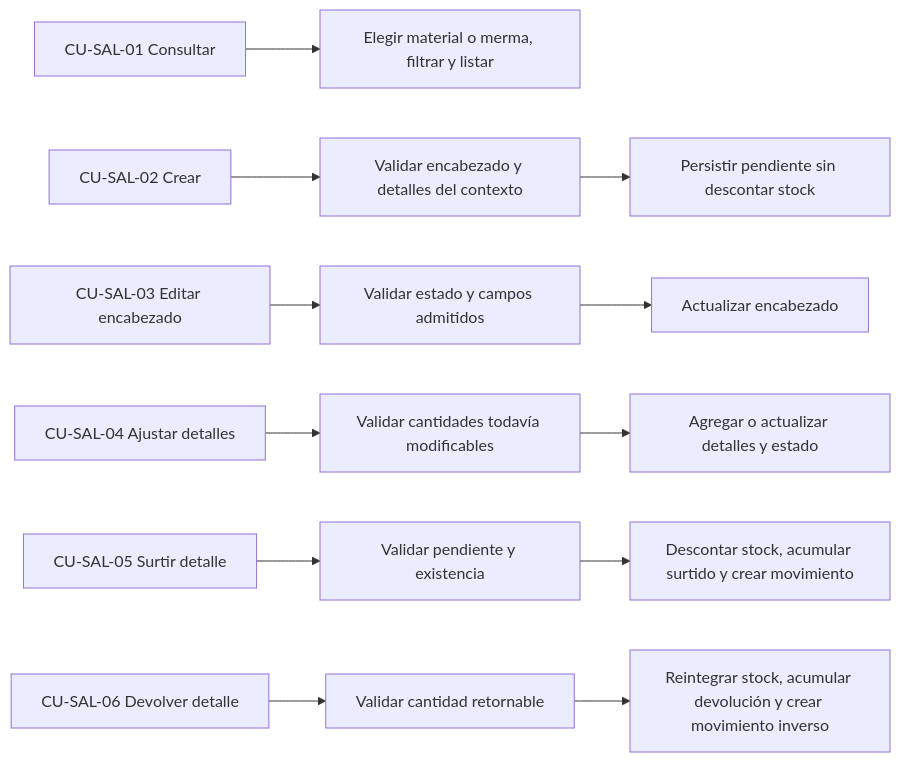
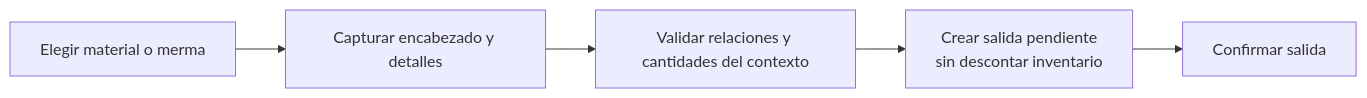
Diagram 18 of 32 in docs/requirements/requirements-diagrams.md (gpgsistemas01/nexus), drawn with Mermaid before and after one commit. The commit also changed other lines of this file, not shown here.

Commit message:
docs: diagramar individualmente cada caso de uso

````diff
--- a/docs/requirements/requirements-diagrams.md
+++ b/docs/requirements/requirements-diagrams.md
@@ -148,9 +265,7 @@
 ```mermaid
 flowchart LR
-    iss01["CU-SAL-01 Consultar"] --> iss01q["Elegir material o merma, filtrar y listar"]
-    iss02["CU-SAL-02 Crear"] --> iss02v["Validar encabezado y detalles del contexto"] --> iss02p["Persistir pendiente sin descontar stock"]
-    iss03["CU-SAL-03 Editar encabezado"] --> iss03v["Validar estado y campos admitidos"] --> iss03p["Actualizar encabezado"]
-    iss04["CU-SAL-04 Ajustar detalles"] --> iss04v["Validar cantidades todavía modificables"] --> iss04p["Agregar o actualizar detalles y estado"]
-    iss05["CU-SAL-05 Surtir detalle"] --> iss05v["Validar pendiente y existencia"] --> iss05t["Descontar stock, acumular surtido y crear movimiento"]
-    iss06["CU-SAL-06 Devolver detalle"] --> iss06v["Validar cantidad retornable"] --> iss06t["Reintegrar stock, acumular devolución y crear movimiento inverso"]
+    iss02Context["Elegir material o merma"] --> iss02Header["Capturar encabezado y detalles"]
+    iss02Header --> iss02Validate["Validar relaciones y cantidades del contexto"]
+    iss02Validate --> iss02Persist["Crear salida pendiente<br/>sin descontar inventario"]
+    iss02Persist --> iss02Result["Confirmar salida"]
 ```
````
